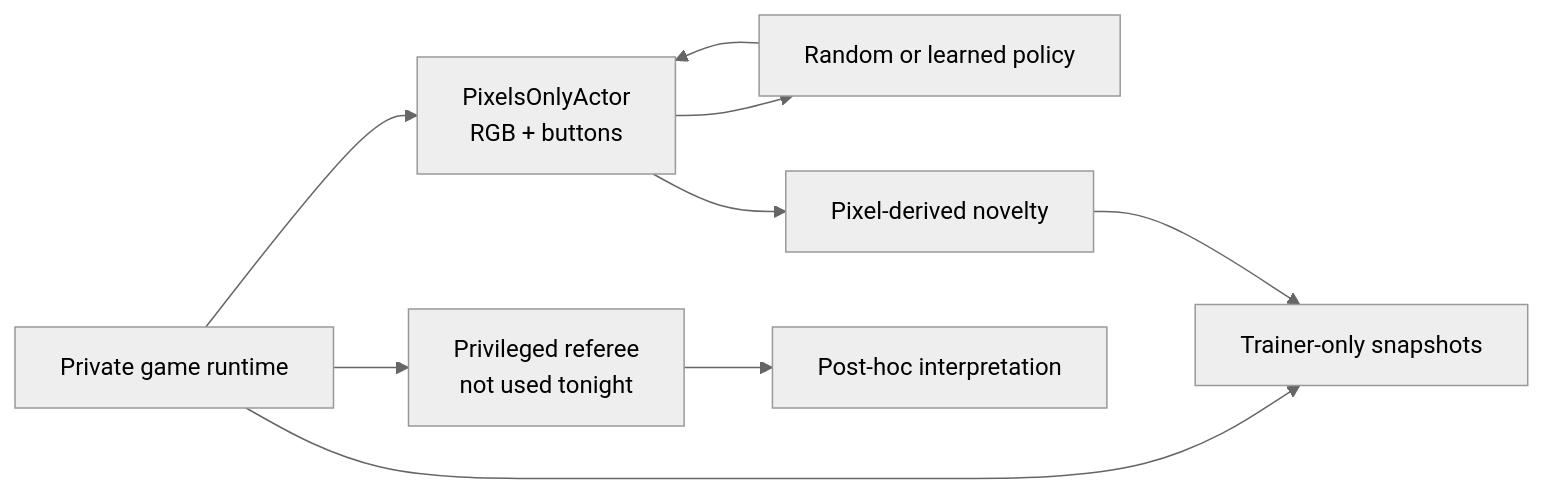
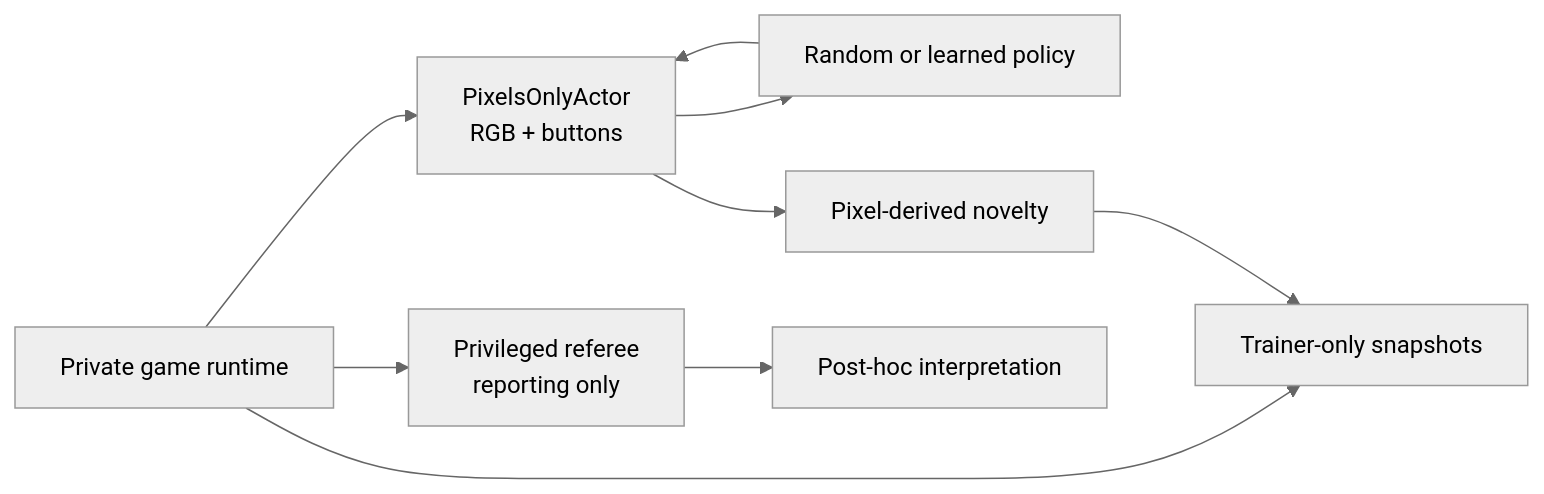
The second of 5 diagrams in docs/architecture.md (PeteAndrews1289/pokemon-red-ai), drawn with Mermaid (neutral theme) before and after one commit. The commit also changed other lines of this file and 15 other files, not shown here.

````diff
--- a/docs/architecture.md
+++ b/docs/architecture.md
@@ -9,13 +30,13 @@
 ```mermaid
 flowchart LR
     Runtime["Private game runtime"] --> ActorView["PixelsOnlyActor<br/>RGB + buttons"]
     ActorView --> Policy["Random or learned policy"]
     Policy --> ActorView
 
     Runtime --> Trainer["Trainer-only snapshots"]
     ActorView --> Novelty["Pixel-derived novelty"]
     Novelty --> Trainer
 
-    Runtime --> Referee["Privileged referee<br/>not used tonight"]
+    Runtime --> Referee["Privileged referee<br/>reporting only"]
     Referee --> Recorder["Post-hoc interpretation"]
 ```
````
